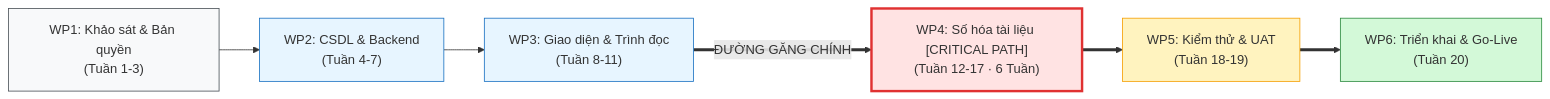
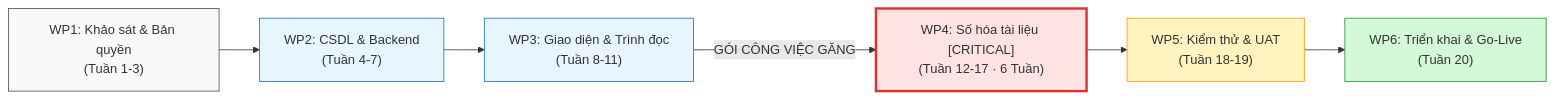
One commit to se-bros/hcmus-projectmanage--lab changed the third of 3 diagrams in final-exam/preparation/4_Estimation_Planning_Process/README.md. Above: the diagram before and after it, drawn with Mermaid. The commit also changed other lines of this file and 7 other files, not shown here.

````diff
--- a/final-exam/preparation/4_Estimation_Planning_Process/README.md
+++ b/final-exam/preparation/4_Estimation_Planning_Process/README.md
@@ -307,15 +308,15 @@
 ```mermaid
 flowchart LR
     WP1["WP1: Khảo sát & Bản quyền\n(Tuần 1-3)"] --> WP2["WP2: CSDL & Backend\n(Tuần 4-7)"]
     WP2 --> WP3["WP3: Giao diện & Trình đọc\n(Tuần 8-11)"]
-    WP3 ==>|ĐƯỜNG GĂNG CHÍNH| WP4["WP4: Số hóa tài liệu [CRITICAL PATH]\n(Tuần 12-17 · 6 Tuần)"]
-    WP4 ==> WP5["WP5: Kiểm thử & UAT\n(Tuần 18-19)"]
-    WP5 ==> WP6["WP6: Triển khai & Go-Live\n(Tuần 20)"]
+    WP3 -->|GÓI CÔNG VIỆC GĂNG| WP4["WP4: Số hóa tài liệu [CRITICAL]\n(Tuần 12-17 · 6 Tuần)"]
+    WP4 --> WP5["WP5: Kiểm thử & UAT\n(Tuần 18-19)"]
+    WP5 --> WP6["WP6: Triển khai & Go-Live\n(Tuần 20)"]
 
     style WP1 fill:#f8f9fa,stroke:#495057
     style WP2 fill:#e7f5ff,stroke:#1971c2
     style WP3 fill:#e7f5ff,stroke:#1971c2
     style WP4 fill:#ffe3e3,stroke:#e03131,stroke-width:3px
     style WP5 fill:#fff3bf,stroke:#f59f00
     style WP6 fill:#d3f9d8,stroke:#2b8a3e
 ```
````
